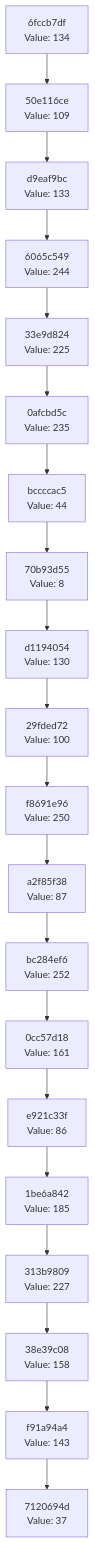
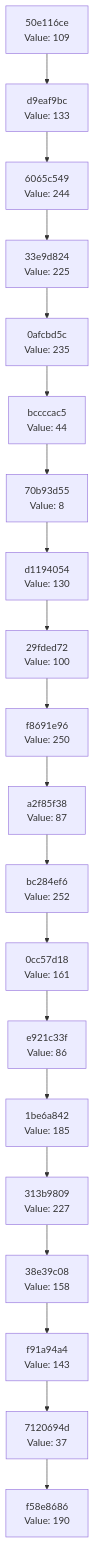
Before and after one commit to Abhisheksinha1506/hash-chain-evolver: the diagram in docs/CHAIN_VISUALIZATION.md, drawn with Mermaid. The commit also changed 3 other files, not shown here.

````diff
--- a/docs/CHAIN_VISUALIZATION.md
+++ b/docs/CHAIN_VISUALIZATION.md
@@ -3,42 +3,42 @@
 ```mermaid
 graph TD
-    C0["7120694d<br/>Value: 37"]
-    C1["f91a94a4<br/>Value: 143"]
+    C0["f58e8686<br/>Value: 190"]
+    C1["7120694d<br/>Value: 37"]
     C1 --> C0
-    C2["38e39c08<br/>Value: 158"]
+    C2["f91a94a4<br/>Value: 143"]
     C2 --> C1
-    C3["313b9809<br/>Value: 227"]
+    C3["38e39c08<br/>Value: 158"]
     C3 --> C2
-    C4["1be6a842<br/>Value: 185"]
+    C4["313b9809<br/>Value: 227"]
     C4 --> C3
-    C5["e921c33f<br/>Value: 86"]
+    C5["1be6a842<br/>Value: 185"]
     C5 --> C4
-    C6["0cc57d18<br/>Value: 161"]
+    C6["e921c33f<br/>Value: 86"]
     C6 --> C5
-    C7["bc284ef6<br/>Value: 252"]
+    C7["0cc57d18<br/>Value: 161"]
     C7 --> C6
-    C8["a2f85f38<br/>Value: 87"]
+    C8["bc284ef6<br/>Value: 252"]
     C8 --> C7
-    C9["f8691e96<br/>Value: 250"]
+    C9["a2f85f38<br/>Value: 87"]
     C9 --> C8
-    C10["29fded72<br/>Value: 100"]
+    C10["f8691e96<br/>Value: 250"]
     C10 --> C9
-    C11["d1194054<br/>Value: 130"]
+    C11["29fded72<br/>Value: 100"]
     C11 --> C10
-    C12["70b93d55<br/>Value: 8"]
+    C12["d1194054<br/>Value: 130"]
     C12 --> C11
-    C13["bccccac5<br/>Value: 44"]
+    C13["70b93d55<br/>Value: 8"]
     C13 --> C12
-    C14["0afcbd5c<br/>Value: 235"]
+    C14["bccccac5<br/>Value: 44"]
     C14 --> C13
-    C15["33e9d824<br/>Value: 225"]
+    C15["0afcbd5c<br/>Value: 235"]
     C15 --> C14
-    C16["6065c549<br/>Value: 244"]
+    C16["33e9d824<br/>Value: 225"]
     C16 --> C15
-    C17["d9eaf9bc<br/>Value: 133"]
+    C17["6065c549<br/>Value: 244"]
     C17 --> C16
-    C18["50e116ce<br/>Value: 109"]
+    C18["d9eaf9bc<br/>Value: 133"]
     C18 --> C17
-    C19["6fccb7df<br/>Value: 134"]
+    C19["50e116ce<br/>Value: 109"]
     C19 --> C18
 ```
````
